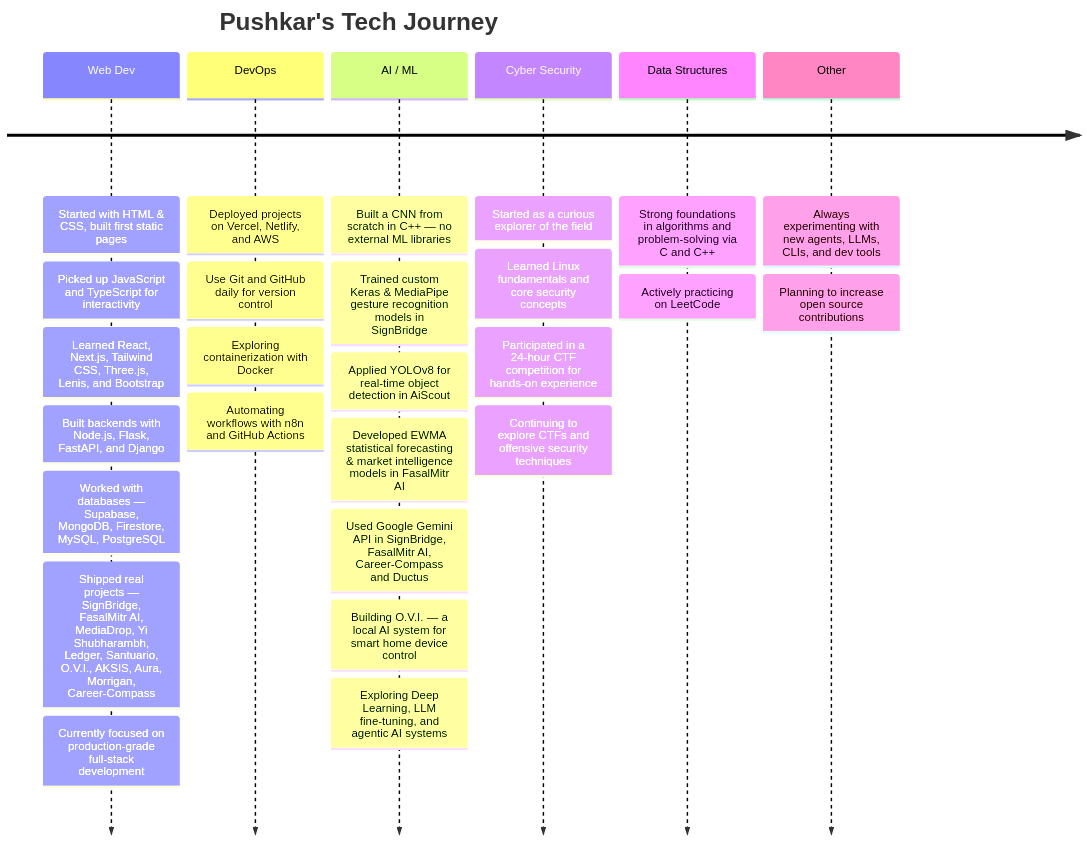
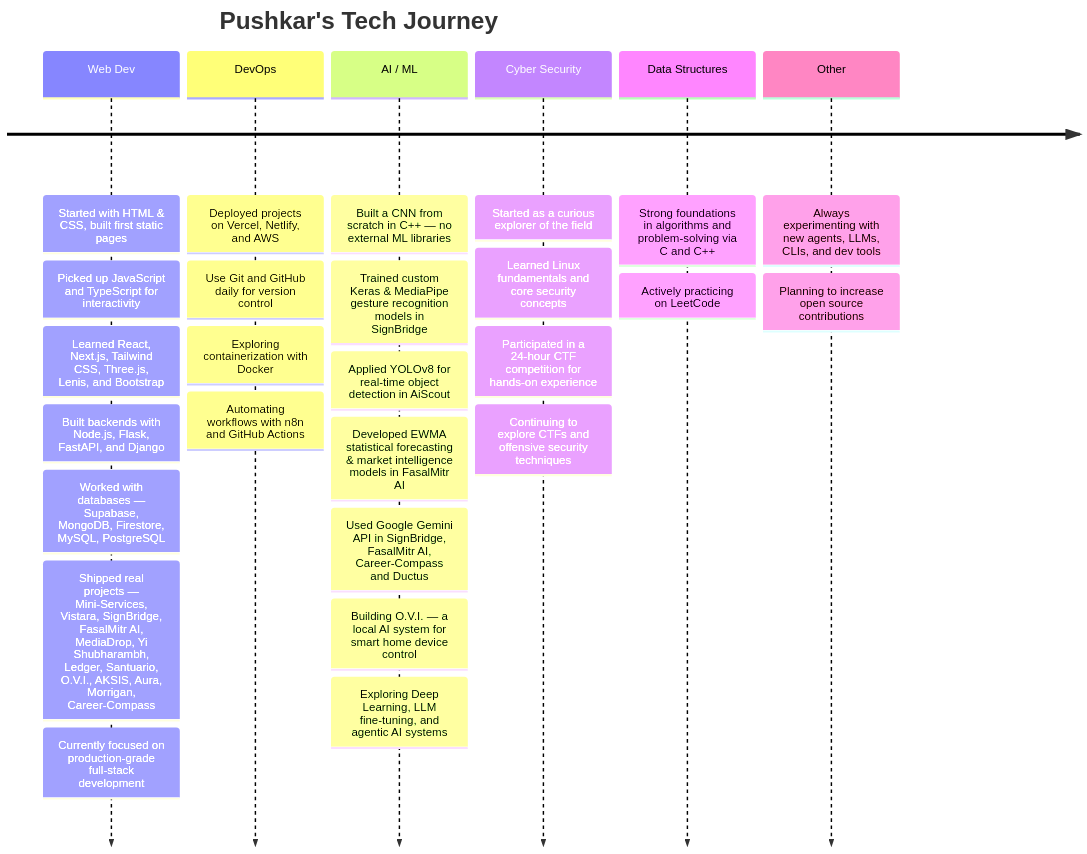
The diagram in README.md (pushkar156/pushkar156), drawn with Mermaid before and after one commit. The commit also changed other lines of this file, not shown here.

Commit message:
docs: update README with Mini-Services (working) and Vistara (completed) projects

````diff
--- a/README.md
+++ b/README.md
@@ -303,36 +332,36 @@
 ```mermaid
 timeline
     title Pushkar's Tech Journey
     Web Dev
         : Started with HTML & CSS, built first static pages
         : Picked up JavaScript and TypeScript for interactivity
         : Learned React, Next.js, Tailwind CSS, Three.js, Lenis, and Bootstrap
         : Built backends with Node.js, Flask, FastAPI, and Django
         : Worked with databases — Supabase, MongoDB, Firestore, MySQL, PostgreSQL
-        : Shipped real projects — SignBridge, FasalMitr AI, MediaDrop, Yi Shubharambh, Ledger, Santuario, O.V.I., AKSIS, Aura, Morrigan, Career-Compass
+        : Shipped real projects — Mini-Services, Vistara, SignBridge, FasalMitr AI, MediaDrop, Yi Shubharambh, Ledger, Santuario, O.V.I., AKSIS, Aura, Morrigan, Career-Compass
         : Currently focused on production-grade full-stack development
     DevOps
         : Deployed projects on Vercel, Netlify, and AWS
         : Use Git and GitHub daily for version control
         : Exploring containerization with Docker
         : Automating workflows with n8n and GitHub Actions
     AI / ML
         : Built a CNN from scratch in C++ — no external ML libraries
         : Trained custom Keras & MediaPipe gesture recognition models in SignBridge
         : Applied YOLOv8 for real-time object detection in AiScout
         : Developed EWMA statistical forecasting & market intelligence models in FasalMitr AI
         : Used Google Gemini API in SignBridge, FasalMitr AI, Career-Compass and Ductus
         : Building O.V.I. — a local AI system for smart home device control
         : Exploring Deep Learning, LLM fine-tuning, and agentic AI systems
     Cyber Security
         : Started as a curious explorer of the field
         : Learned Linux fundamentals and core security concepts
         : Participated in a 24-hour CTF competition for hands-on experience
         : Continuing to explore CTFs and offensive security techniques
     Data Structures
         : Strong foundations in algorithms and problem-solving via C and C++
         : Actively practicing on LeetCode
     Other
         : Always experimenting with new agents, LLMs, CLIs, and dev tools
         : Planning to increase open source contributions
 ```
````
